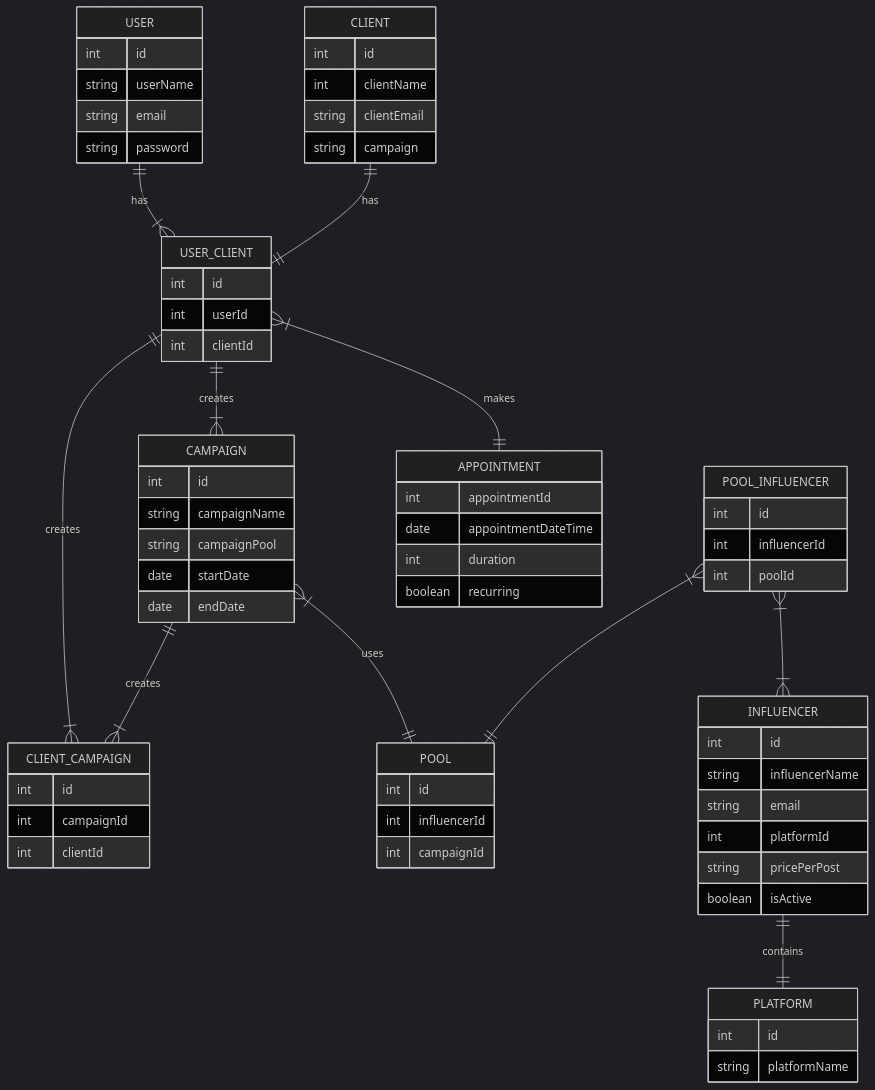
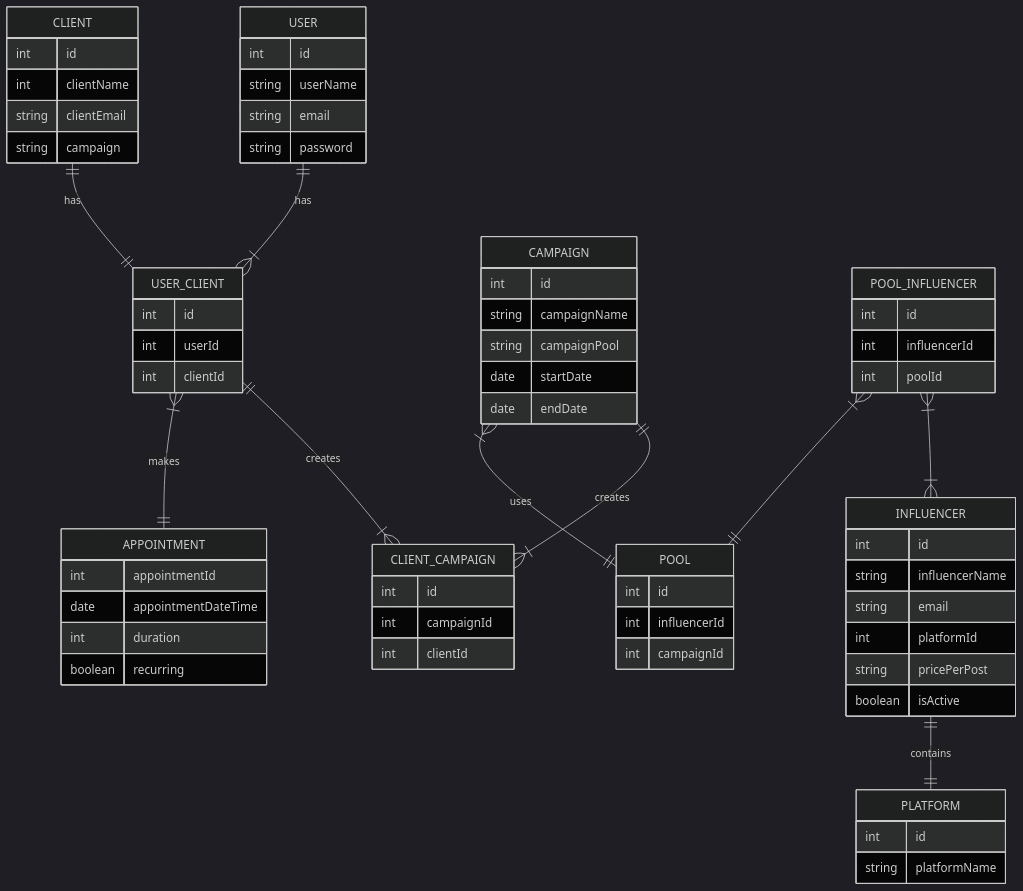
The second of 2 diagrams in README.md (ConorPMullan/swim-marketing), drawn with Mermaid before and after one commit.

````diff
--- a/README.md
+++ b/README.md
@@ -53,73 +53,72 @@
 ``` mermaid
 %%{init: {'theme': 'dark' } }%%
 
 erDiagram
     USER {
         int id
         string userName
         string email
         string password
     }
     USER_CLIENT {
         int id
         int userId
         int clientId
     }
     CLIENT {
         int id
         int clientName
         string clientEmail
         string campaign
     }
     CLIENT_CAMPAIGN {
         int id
         int campaignId
         int clientId
     }
     CAMPAIGN {
         int id
         string campaignName
         string campaignPool
         date startDate
         date endDate
     }
     POOL {
         int id
         int influencerId
         int campaignId
     }
     POOL_INFLUENCER {
         int id
         int influencerId
         int poolId
     }
     INFLUENCER {
         int id
         string influencerName
         string email
         int platformId
         string pricePerPost
         boolean isActive
     }
     PLATFORM {
         int id
         string platformName
     }
     APPOINTMENT {
         int appointmentId
         date appointmentDateTime
         int duration
         boolean recurring
     }
     USER ||--|{ USER_CLIENT: "has"
     CLIENT ||--|| USER_CLIENT: "has"
-    USER_CLIENT ||--|{ CAMPAIGN : "creates"
     USER_CLIENT ||--|{ CLIENT_CAMPAIGN : "creates"
     CAMPAIGN ||--|{ CLIENT_CAMPAIGN : "creates"
     USER_CLIENT }|--|| APPOINTMENT : "makes"
     CAMPAIGN }|--|| POOL : "uses"
     POOL_INFLUENCER }|--|{ INFLUENCER : ""
     POOL_INFLUENCER }|--|| POOL : ""
     INFLUENCER ||--|| PLATFORM : "contains"
 
 ```
````
